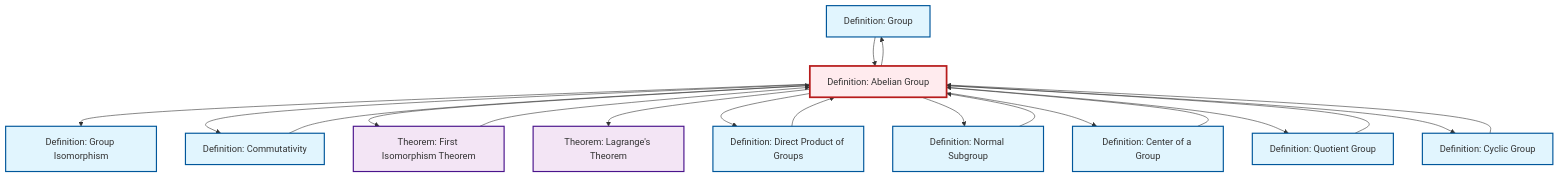
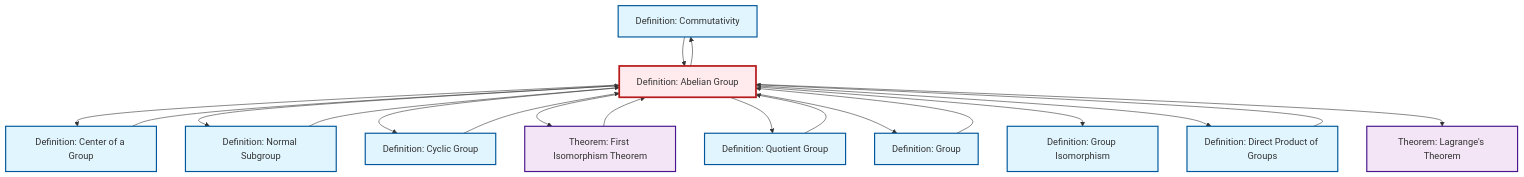
The diagram in content/en/algebra/def-abelian-group.qmd (RK0429/ModernMath), drawn with Mermaid before and after one commit. The commit also changed other lines of this file and 14 other files, not shown here.

First line of the commit message:
feat: Add fundamental group definition with comprehensive cross-references

````diff
--- a/content/en/algebra/def-abelian-group.qmd
+++ b/content/en/algebra/def-abelian-group.qmd
@@ -104,49 +104,49 @@
 ```{mermaid}
 %%| fig-cap: "Local dependency graph"
 graph TD
     classDef definition fill:#e1f5fe,stroke:#01579b,stroke-width:2px
     classDef theorem fill:#f3e5f5,stroke:#4a148c,stroke-width:2px
     classDef axiom fill:#fff3e0,stroke:#e65100,stroke-width:2px
     classDef example fill:#e8f5e9,stroke:#1b5e20,stroke-width:2px
     classDef current fill:#ffebee,stroke:#b71c1c,stroke-width:3px
+    def-commutativity["Definition: Commutativity"]:::definition
+    def-cyclic-group["Definition: Cyclic Group"]:::definition
+    def-isomorphism["Definition: Group Isomorphism"]:::definition
     def-group["Definition: Group"]:::definition
+    def-center-of-group["Definition: Center of a Group"]:::definition
+    thm-first-isomorphism["Theorem: First Isomorphism Theorem"]:::theorem
+    thm-lagrange["Theorem: Lagrange's Theorem"]:::theorem
+    def-quotient-group["Definition: Quotient Group"]:::definition
+    def-direct-product["Definition: Direct Product of Groups"]:::definition
+    def-normal-subgroup["Definition: Normal Subgroup"]:::definition
     def-abelian-group["Definition: Abelian Group"]:::definition
-    thm-lagrange["Theorem: Lagrange's Theorem"]:::theorem
-    def-center-of-group["Definition: Center of a Group"]:::definition
-    def-quotient-group["Definition: Quotient Group"]:::definition
-    def-cyclic-group["Definition: Cyclic Group"]:::definition
-    def-normal-subgroup["Definition: Normal Subgroup"]:::definition
-    def-isomorphism["Definition: Group Isomorphism"]:::definition
-    def-direct-product["Definition: Direct Product of Groups"]:::definition
-    def-commutativity["Definition: Commutativity"]:::definition
-    thm-first-isomorphism["Theorem: First Isomorphism Theorem"]:::theorem
-    def-abelian-group --> def-isomorphism
-    def-abelian-group --> def-commutativity
-    def-direct-product --> def-abelian-group
-    def-cyclic-group --> def-abelian-group
-    def-commutativity --> def-abelian-group
     def-group --> def-abelian-group
+    thm-first-isomorphism --> def-abelian-group
+    def-abelian-group --> def-center-of-group
+    def-abelian-group --> def-normal-subgroup
+    def-abelian-group --> def-cyclic-group
     def-abelian-group --> thm-first-isomorphism
     def-center-of-group --> def-abelian-group
+    def-normal-subgroup --> def-abelian-group
+    def-commutativity --> def-abelian-group
+    def-cyclic-group --> def-abelian-group
+    def-quotient-group --> def-abelian-group
+    def-abelian-group --> def-quotient-group
+    def-abelian-group --> def-commutativity
+    def-abelian-group --> def-group
+    def-abelian-group --> def-isomorphism
+    def-abelian-group --> def-direct-product
+    def-direct-product --> def-abelian-group
     def-abelian-group --> thm-lagrange
-    def-abelian-group --> def-direct-product
-    def-abelian-group --> def-normal-subgroup
-    def-abelian-group --> def-group
-    def-abelian-group --> def-center-of-group
-    thm-first-isomorphism --> def-abelian-group
-    def-abelian-group --> def-quotient-group
-    def-quotient-group --> def-abelian-group
-    def-abelian-group --> def-cyclic-group
-    def-normal-subgroup --> def-abelian-group
     class def-abelian-group current
+    click def-commutativity "def-commutativity.html" "Go to Commutativity definition"
+    click def-cyclic-group "def-cyclic-group.html" "Go to Cyclic Group definition"
+    click def-isomorphism "def-isomorphism.html" "Go to Group Isomorphism definition"
     click def-group "def-group.html" "Go to Group definition"
+    click def-center-of-group "def-center-of-group.html" "Go to Center of a Group definition"
+    click thm-first-isomorphism "thm-first-isomorphism.html" "Go to First Isomorphism Theorem theorem"
     click thm-lagrange "thm-lagrange.html" "Go to Lagrange's Theorem theorem"
-    click def-center-of-group "def-center-of-group.html" "Go to Center of a Group definition"
     click def-quotient-group "def-quotient-group.html" "Go to Quotient Group definition"
-    click def-cyclic-group "def-cyclic-group.html" "Go to Cyclic Group definition"
+    click def-direct-product "def-direct-product.html" "Go to Direct Product of Groups definition"
     click def-normal-subgroup "def-normal-subgroup.html" "Go to Normal Subgroup definition"
-    click def-isomorphism "def-isomorphism.html" "Go to Group Isomorphism definition"
-    click def-direct-product "def-direct-product.html" "Go to Direct Product of Groups definition"
-    click def-commutativity "def-commutativity.html" "Go to Commutativity definition"
-    click thm-first-isomorphism "thm-first-isomorphism.html" "Go to First Isomorphism Theorem theorem"
 ```
````
